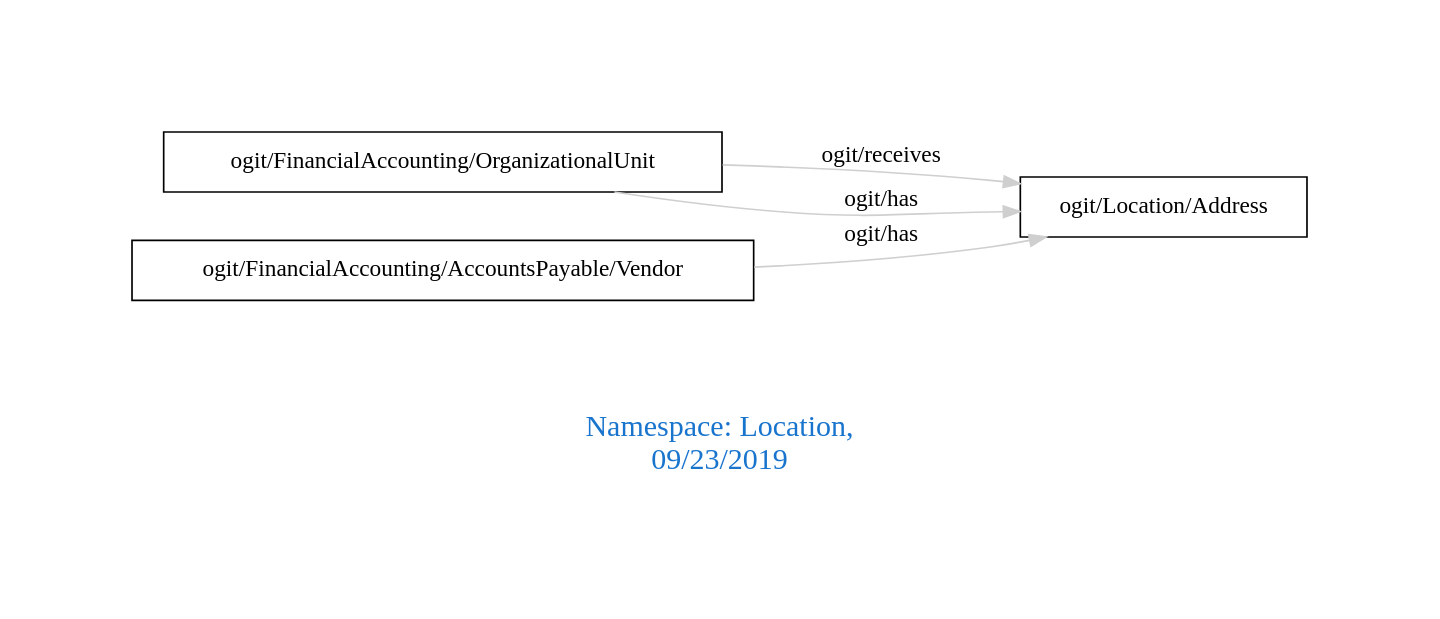
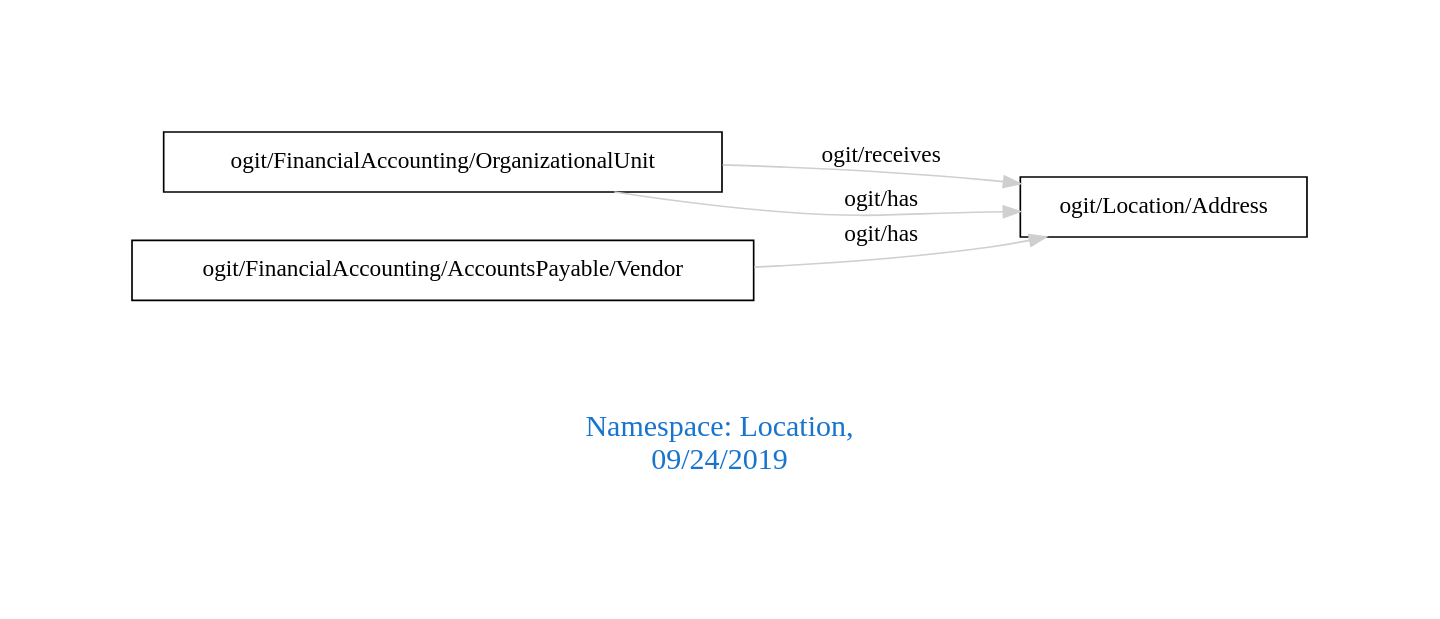
The diagram in downloads/Location.dot (arago/OGIT), drawn with Graphviz before and after one commit. The commit also changed 175 other files, not shown here.

```diff
--- a/downloads/Location.dot
+++ b/downloads/Location.dot
@@ -1,11 +1,11 @@
 digraph OGIT_ontology {
  graph [ rankdir= LR,pad=1 
 fontsize = 18,
-fontcolor= dodgerblue3,label = "\n\n\nNamespace: Location, \n 09/23/2019"];
+fontcolor= dodgerblue3,label = "\n\n\nNamespace: Location, \n 09/24/2019"];
 node[shape=polygon];
 edge [  color="gray81"];
 
    "ogit/FinancialAccounting/OrganizationalUnit" -> "ogit/Location/Address" [label="   ogit/receives    "];
    "ogit/FinancialAccounting/AccountsPayable/Vendor" -> "ogit/Location/Address" [label="   ogit/has    "];
    "ogit/FinancialAccounting/OrganizationalUnit" -> "ogit/Location/Address" [label="   ogit/has    "];
 }
```
